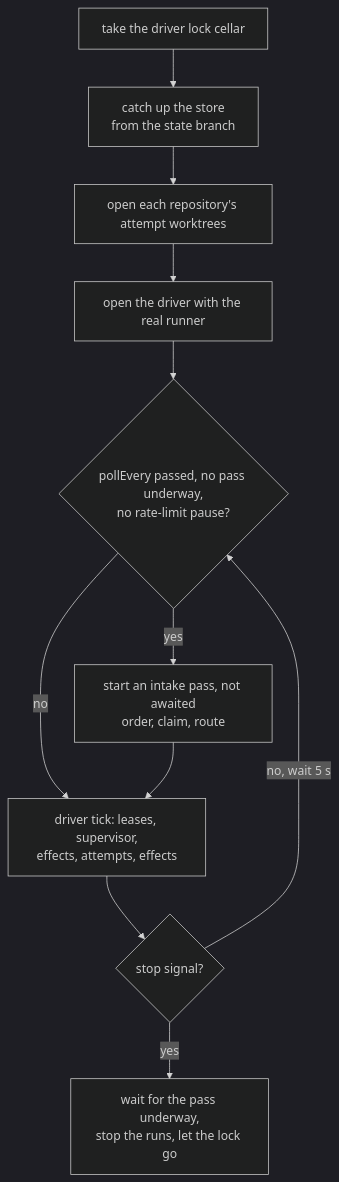
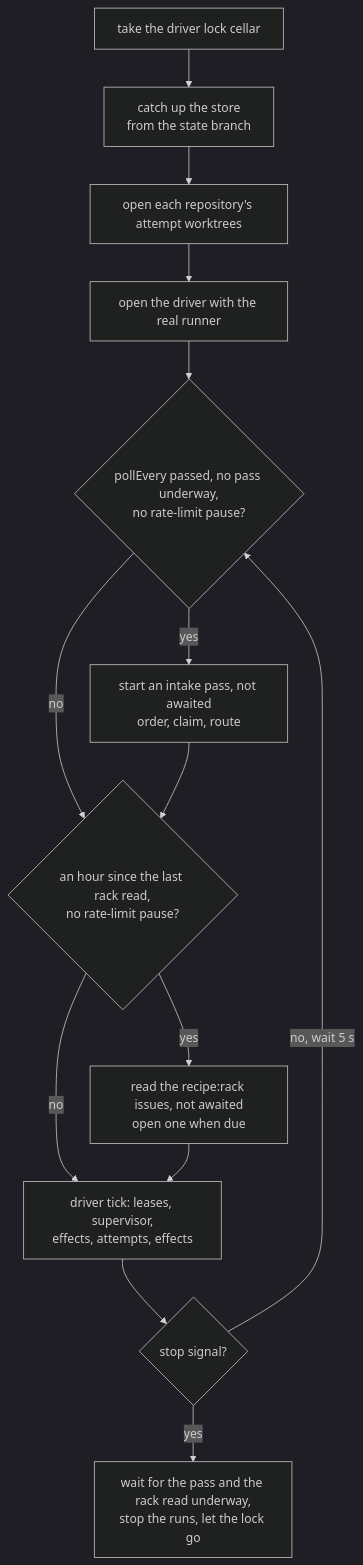
One commit to EdwinBekaert/foedrum changed the diagram in docs/design/engine/drivers.md. Above: the diagram before and after it, drawn with Mermaid (dark theme). The commit also changed other lines of this file and 4 other files, not shown here.

````diff
--- a/docs/design/engine/drivers.md
+++ b/docs/design/engine/drivers.md
@@ -12,13 +12,16 @@
 ```mermaid
 flowchart TD
   L["take the driver lock cellar"] --> S["catch up the store<br/>from the state branch"]
   S --> W["open each repository's attempt worktrees"]
   W --> D["open the driver with the real runner"]
   D --> P{"pollEvery passed, no pass underway,<br/>no rate-limit pause?"}
   P -->|"yes"| I["start an intake pass, not awaited<br/>order, claim, route"]
-  P -->|"no"| T
-  I --> T["driver tick: leases, supervisor,<br/>effects, attempts, effects"]
+  P -->|"no"| R
+  I --> R{"an hour since the last rack read,<br/>no rate-limit pause?"}
+  R -->|"yes"| K["read the recipe:rack issues, not awaited<br/>open one when due"]
+  R -->|"no"| T
+  K --> T["driver tick: leases, supervisor,<br/>effects, attempts, effects"]
   T --> Z{"stop signal?"}
   Z -->|"no, wait 5 s"| P
-  Z -->|"yes"| E["wait for the pass underway,<br/>stop the runs, let the lock go"]
+  Z -->|"yes"| E["wait for the pass and the rack read underway,<br/>stop the runs, let the lock go"]
 ```
````
